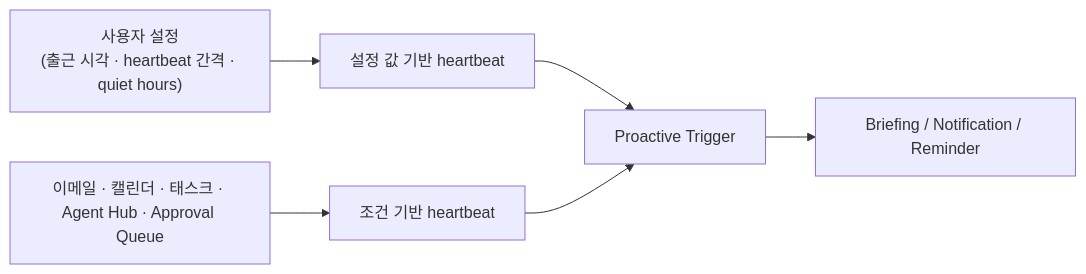
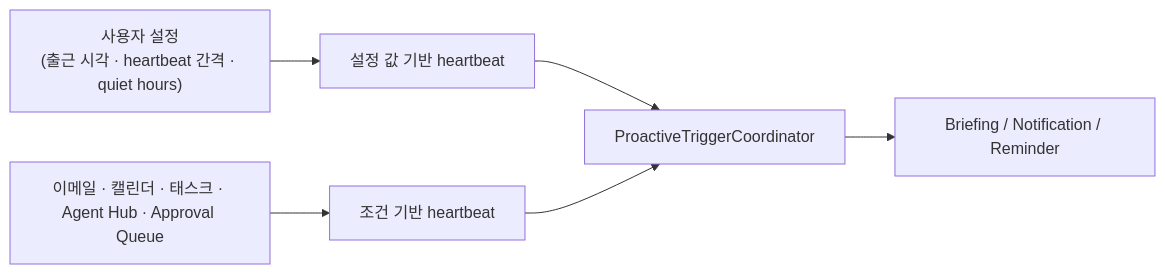
Diagram 23 of 44 in docs/architecture/architecture.md (lvis-project/lvis-app), drawn with Mermaid before and after one commit. The commit also changed other lines of this file and 1 other file, not shown here.

````diff
--- a/docs/architecture/architecture.md
+++ b/docs/architecture/architecture.md
@@ -1682,15 +1703,15 @@
 ```mermaid
 flowchart LR
     SETTINGS["사용자 설정<br/>(출근 시각 · heartbeat 간격 · quiet hours)"]
     EVENTS["이메일 · 캘린더 · 태스크 · Agent Hub · Approval Queue"]
     SCHEDULED["설정 값 기반 heartbeat"]
     CONDITIONAL["조건 기반 heartbeat"]
-    TRIGGER["Proactive Trigger"]
+    TRIGGER["ProactiveTriggerCoordinator"]
     OUTPUT["Briefing / Notification / Reminder"]
 
     SETTINGS --> SCHEDULED
     EVENTS --> CONDITIONAL
     SCHEDULED --> TRIGGER
     CONDITIONAL --> TRIGGER
     TRIGGER --> OUTPUT
 ```
````
